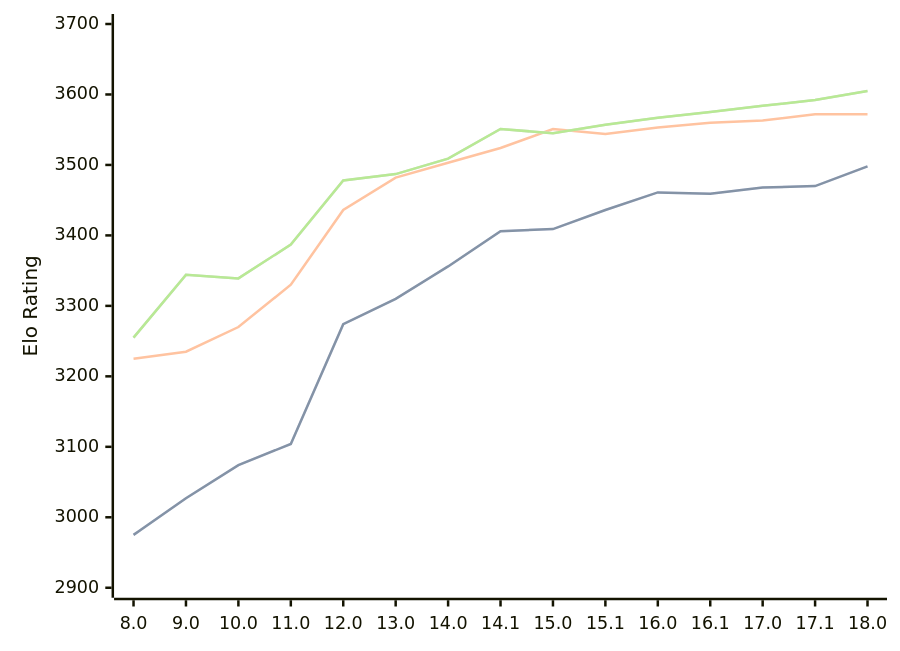
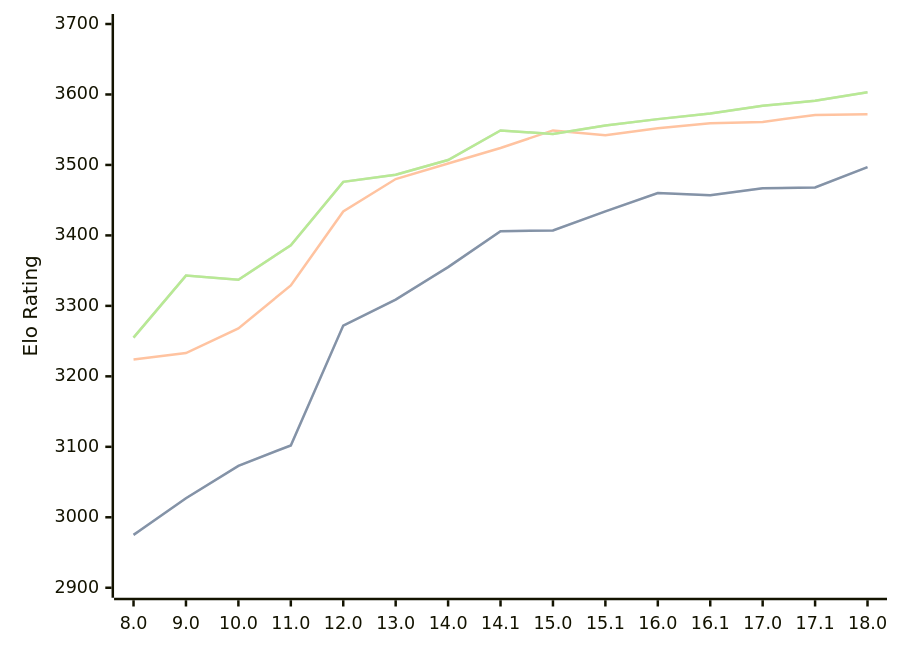
The diagram in engines/Stockfish.md (computer-chess-index/cci), drawn with Mermaid before and after one commit. The commit also changed other lines of this file, not shown here.

Commit message:
Update CCI Ratings (ELO VLTC) - 2026-06-07

````diff
--- a/engines/Stockfish.md
+++ b/engines/Stockfish.md
@@ -46,11 +46,11 @@
 ```mermaid
 %%{init: {"theme":"base","themeVariables":{"seriesColors:['#a3a3a3','#222221','#faa371']}}}%%
 xychart-beta
   x-axis ["8.0", "9.0", "10.0", "11.0", "12.0", "13.0", "14.0", "14.1", "15.0", "15.1", "16.0", "16.1", "17.0", "17.1", "18.0"]
   y-axis "Elo Rating" 2900 --> 3700
-  line "STC (8.0+0.08s)" [2975, 3027, 3074, 3104, 3274, 3310, 3356, 3406, 3409, 3436, 3461, 3459, 3468, 3470, 3498]
-  line "STC (8.0+0.08s)" [2975, 3027, 3074, 3104, 3274, 3310, 3356, 3406, 3409, 3436, 3461, 3459, 3468, 3470, 3498]
-  line "LTC (60.0+0.60s)" [3225, 3235, 3270, 3330, 3436, 3482, 3503, 3524, 3551, 3544, 3553, 3560, 3563, 3572, 3572]
-  line "VLTC (2m24s+1.12s)" [3255, 3344, 3339, 3387, 3478, 3487, 3509, 3551, 3545, 3557, 3567, 3575, 3584, 3592, 3605]
-  line "VLTC (2m24s+1.12s)" [3255, 3344, 3339, 3387, 3478, 3487, 3509, 3551, 3545, 3557, 3567, 3575, 3584, 3592, 3605]
+  line "STC (8.0+0.08s)" [2975, 3027, 3073, 3102, 3272, 3309, 3355, 3406, 3407, 3434, 3460, 3457, 3467, 3468, 3497]
+  line "STC (8.0+0.08s)" [2975, 3027, 3073, 3102, 3272, 3309, 3355, 3406, 3407, 3434, 3460, 3457, 3467, 3468, 3497]
+  line "LTC (60.0+0.60s)" [3224, 3233, 3268, 3329, 3434, 3480, 3502, 3524, 3549, 3542, 3552, 3559, 3561, 3571, 3572]
+  line "VLTC (2m24s+1.12s)" [3255, 3343, 3337, 3386, 3476, 3486, 3507, 3549, 3544, 3556, 3565, 3573, 3584, 3591, 3603]
+  line "VLTC (2m24s+1.12s)" [3255, 3343, 3337, 3386, 3476, 3486, 3507, 3549, 3544, 3556, 3565, 3573, 3584, 3591, 3603]
 ```
````
